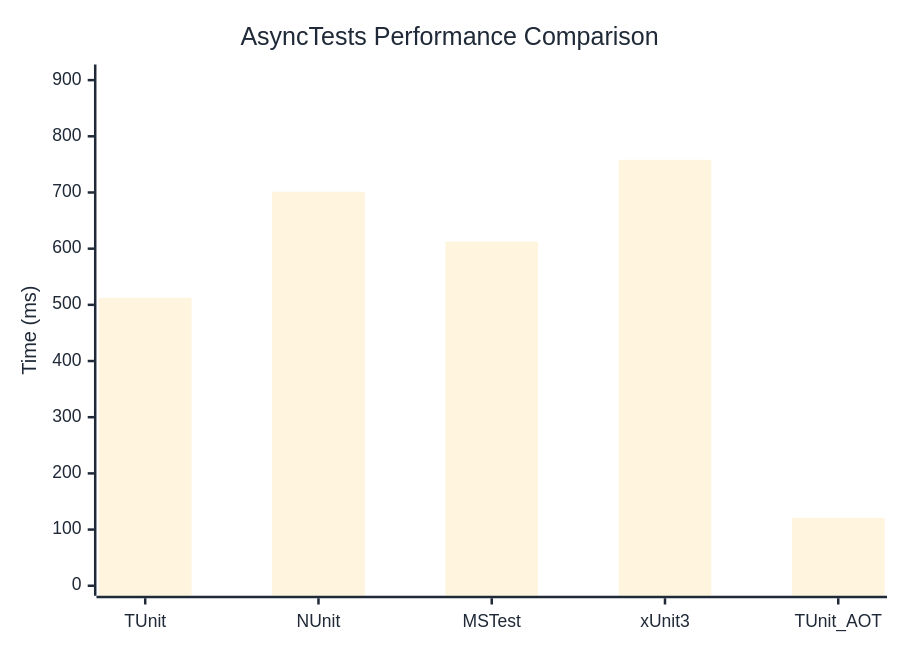
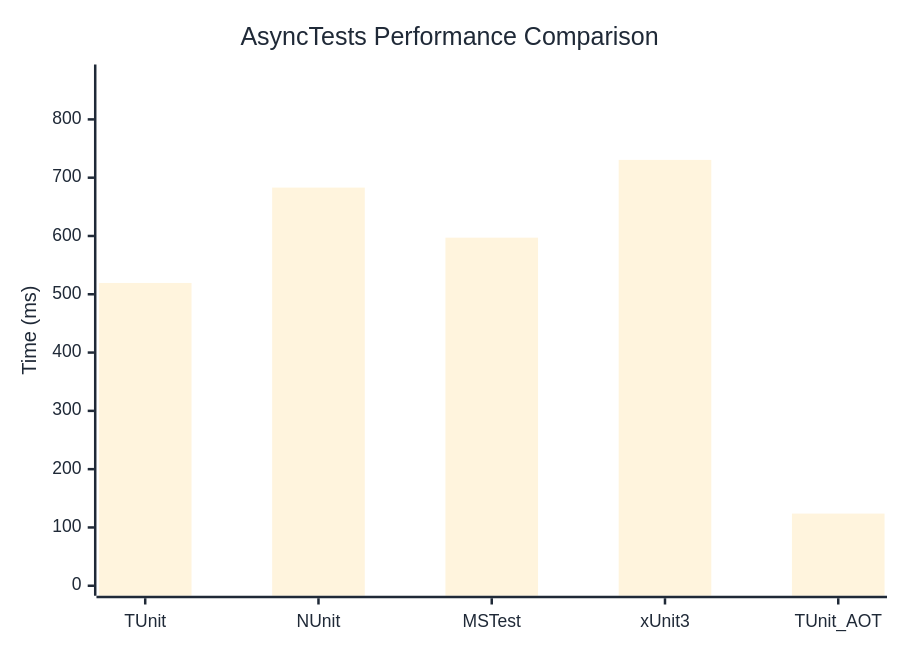
The diagram in docs/docs/benchmarks/AsyncTests.md (weiyilai/TUnit), drawn with Mermaid before and after one commit. The commit also changed other lines of this file and 17 other files, not shown here.

````diff
--- a/docs/docs/benchmarks/AsyncTests.md
+++ b/docs/docs/benchmarks/AsyncTests.md
@@ -27,37 +27,37 @@
 ```mermaid
 %%{init: {
   'theme':'base',
   'themeVariables': {
     'primaryColor': '#2563eb',
     'primaryTextColor': '#1f2937',
     'primaryBorderColor': '#1e40af',
     'lineColor': '#6b7280',
     'secondaryColor': '#7c3aed',
     'tertiaryColor': '#dc2626',
     'background': '#ffffff',
     'mainBkg': '#2563eb',
     'secondBkg': '#7c3aed',
     'tertiaryBkg': '#dc2626',
     'clusterBkg': '#f3f4f6',
     'edgeLabelBackground': '#ffffff',
     'tertiaryTextColor': '#1f2937',
     'pie1': '#2563eb',
     'pie2': '#7c3aed',
     'pie3': '#dc2626',
     'pie4': '#f59e0b',
     'pie5': '#10b981',
     'pie6': '#06b6d4',
     'pie7': '#ec4899',
     'pie8': '#6366f1',
     'pie9': '#84cc16',
     'pie10': '#f97316',
     'pie11': '#14b8a6',
     'pie12': '#a855f7'
   }
 }}%%
 xychart-beta
   title "AsyncTests Performance Comparison"
   x-axis ["TUnit", "NUnit", "MSTest", "xUnit3", "TUnit_AOT"]
-  y-axis "Time (ms)" 0 --> 910
-  bar [512.5, 701.3, 612.6, 758.2, 121]
+  y-axis "Time (ms)" 0 --> 877
+  bar [519.4, 683, 597.1, 730.5, 123.8]
 ```
````
